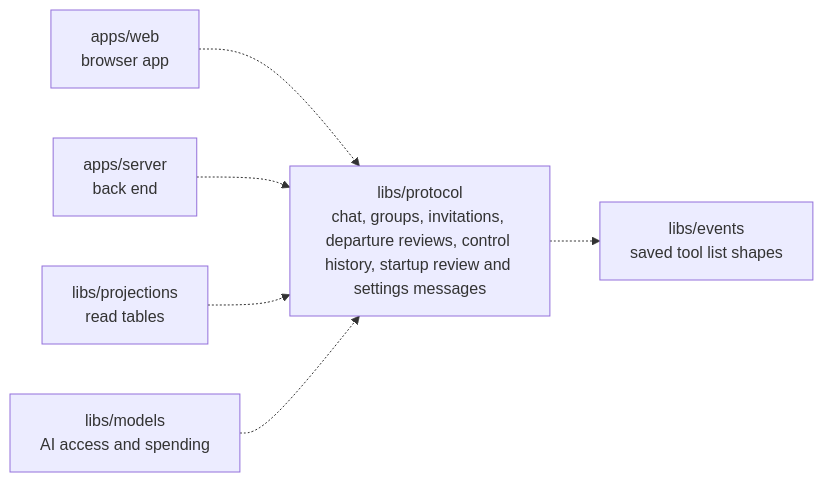
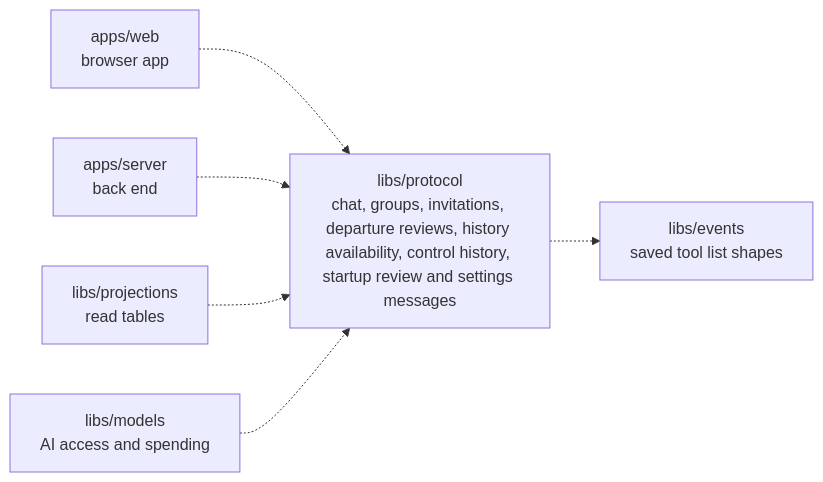
One commit to elewa-git/opencrane-new changed the diagram in libs/protocol/README.md. Above: the diagram before and after it, drawn with Mermaid. The commit also changed other lines of this file and 16 other files, not shown here.

````diff
--- a/libs/protocol/README.md
+++ b/libs/protocol/README.md
@@ -11,8 +11,8 @@
 ```mermaid
 flowchart LR
-  web["apps/web<br/>browser app"] -.-> protocol["libs/protocol<br/>chat, groups, invitations, departure reviews, control history, startup review and settings messages"]
+  web["apps/web<br/>browser app"] -.-> protocol["libs/protocol<br/>chat, groups, invitations, departure reviews, history availability, control history, startup review and settings messages"]
   server["apps/server<br/>back end"] -.-> protocol
   projections["libs/projections<br/>read tables"] -.-> protocol
   models["libs/models<br/>AI access and spending"] -.-> protocol
   protocol -.-> events["libs/events<br/>saved tool list shapes"]
 ```
````
